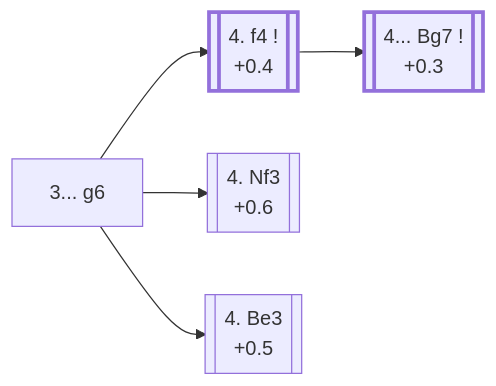
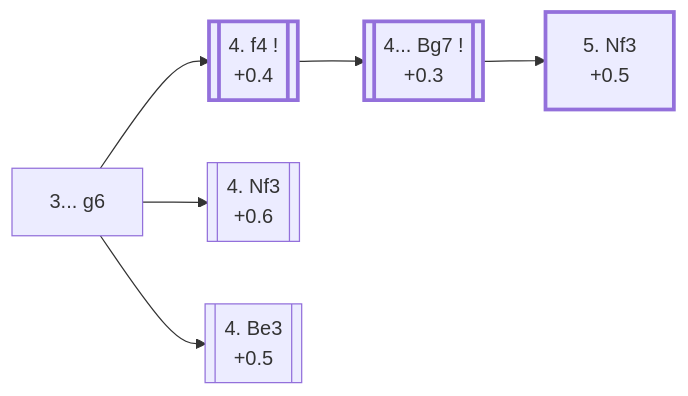
One commit to onclemarcel/chess_flashcards changed the diagram in e4_openings/B08_Pirc_Defense_Tabiya.md. Above: the diagram before and after it, drawn with Mermaid. The commit also changed other lines of this file and 9 other files, not shown here.

````diff
--- a/e4_openings/B08_Pirc_Defense_Tabiya.md
+++ b/e4_openings/B08_Pirc_Defense_Tabiya.md
@@ -12,17 +12,20 @@
 ```mermaid
 flowchart LR
     classDef main stroke-width:3px;
 
     g6["3... g6"]
     click g6 "#_initial_move_" "B07 · Pirc Defense"
 
     g6 --> f4[["4. f4 !<br/>+0.4"]]:::main
     click f4 "#_f4_" "B09 · Pirc Defense: Austrian Attack"
     g6 --> Nf3[["4. Nf3<br/>+0.6"]]
     click Nf3 "#_Nf3_" "B08 · Pirc Defense: Classical"
     g6 --> Be3[["4. Be3<br/>+0.5"]]
     click Be3 "#_Be3_" "B07 · Pirc Defense: 150 Attack"
 
     f4 --> Bg7[["4... Bg7 !<br/>+0.3"]]:::main
     click Bg7 "#_Bg7_" "B09 · Pirc Defense: Austrian Attack"
+
+    Bg7 --> Nf3fpa["5. Nf3<br/>+0.5"]:::main
+    click Nf3fpa "#_Nf3_fpa_" "B09 · Pirc Defense: Austrian Attack"
 ```
````
